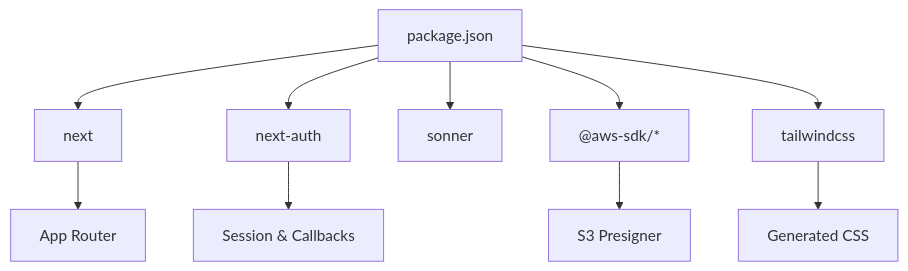
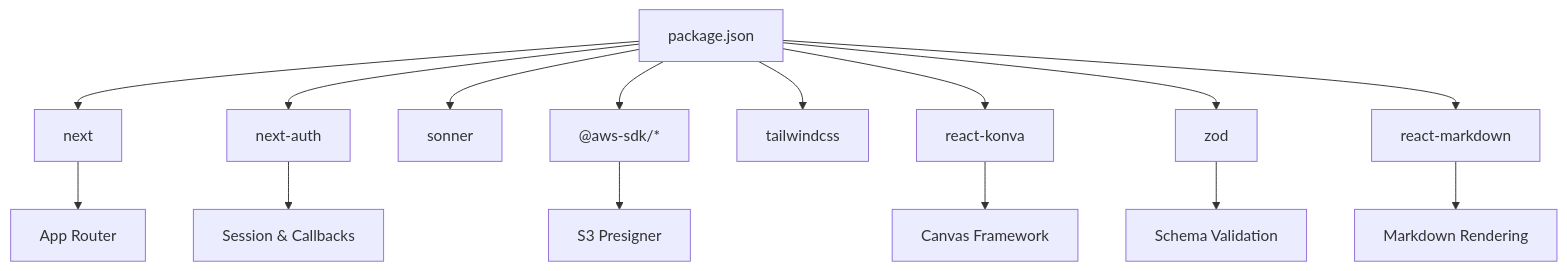
One commit to Crowdspender/titchybooks-app changed diagram 16 of 16 in .qoder/repowiki/en/content/Architecture Overview/Frontend Architecture.md. Above: the diagram before and after it, drawn with Mermaid. The commit also changed other lines of this file and 62 other files, not shown here.

````diff
--- a/.qoder/repowiki/en/content/Architecture Overview/Frontend Architecture.md
+++ b/.qoder/repowiki/en/content/Architecture Overview/Frontend Architecture.md
@@ -338,12 +579,17 @@
 ```mermaid
 graph TB
 Pkg["package.json"] --> Next["next"]
 Pkg --> NextAuth["next-auth"]
 Pkg --> Sonner["sonner"]
 Pkg --> AWS["@aws-sdk/*"]
 Pkg --> Tailwind["tailwindcss"]
+Pkg --> Konva["react-konva"]
+Pkg --> Zod["zod"]
+Pkg --> Markdown["react-markdown"]
 Next --> App["App Router"]
 NextAuth --> Auth["Session & Callbacks"]
 AWS --> S3["S3 Presigner"]
-Tailwind --> CSS["Generated CSS"]
+Konva --> Canvas["Canvas Framework"]
+Zod --> Validation["Schema Validation"]
+Markdown --> Rendering["Markdown Rendering"]
 ```
````
